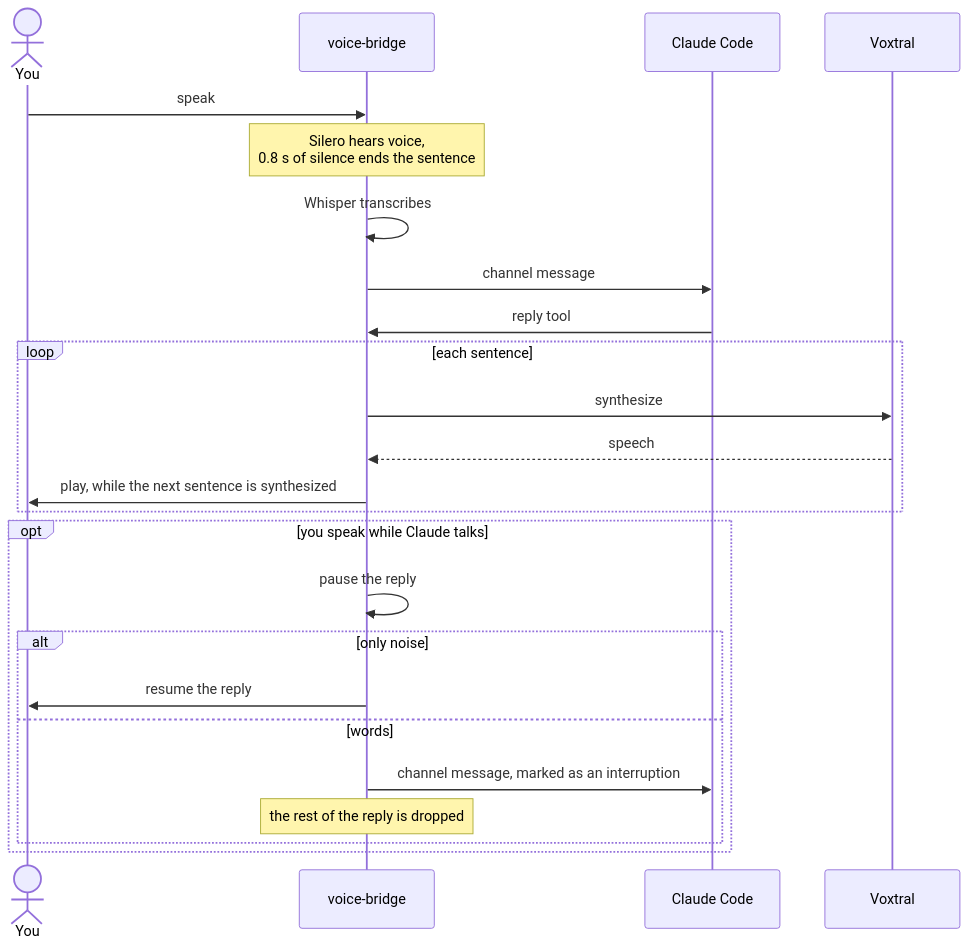
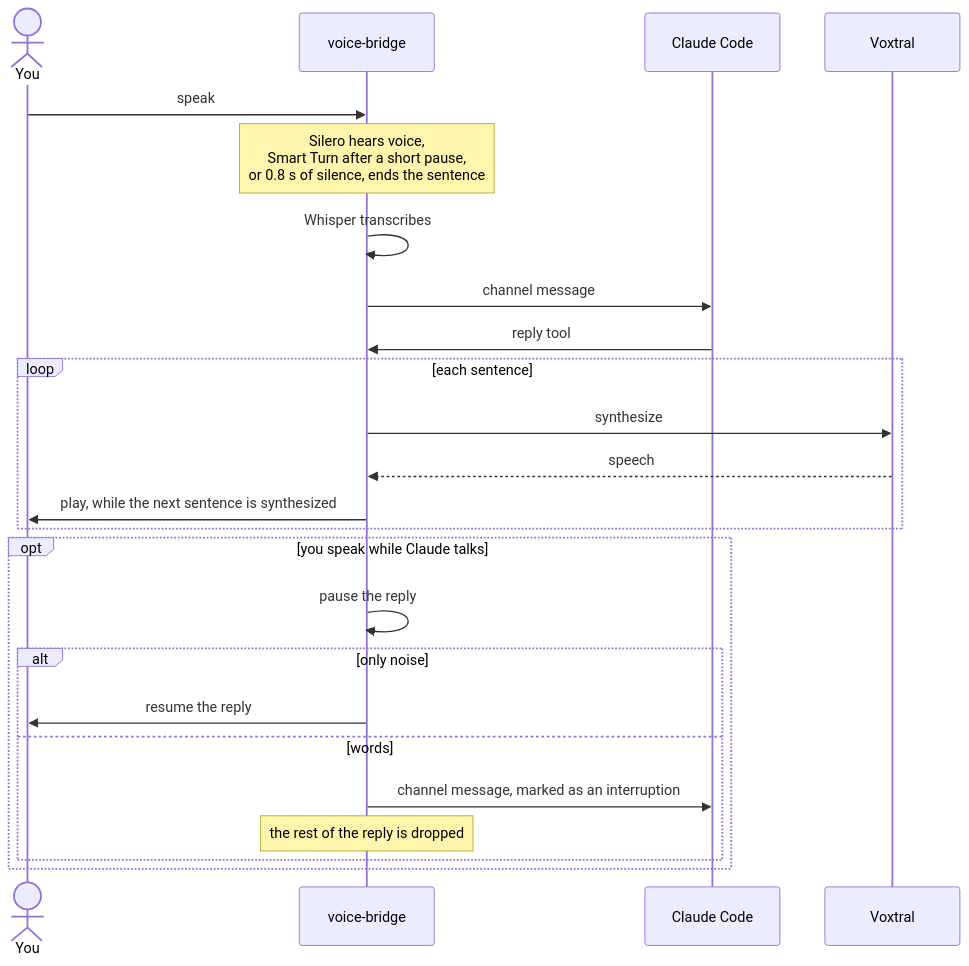
Before and after one commit to marc-gavanier/voice-bridge: the second of 3 diagrams in README.md, drawn with Mermaid. The commit also changed other lines of this file and 15 other files, not shown here.

First line of the commit message:
feat: end a sentence when smart turn judges the turn finished

````diff
--- a/README.md
+++ b/README.md
@@ -37,27 +37,27 @@
 ```mermaid
 sequenceDiagram
     actor you as You
     participant bridge as voice-bridge
     participant claude as Claude Code
     participant voxtral as Voxtral
 
     you->>bridge: speak
-    Note over bridge: Silero hears voice,<br/>0.8 s of silence ends the sentence
+    Note over bridge: Silero hears voice,<br/>Smart Turn after a short pause,<br/>or 0.8 s of silence, ends the sentence
     bridge->>bridge: Whisper transcribes
     bridge->>claude: channel message
     claude->>bridge: reply tool
     loop each sentence
         bridge->>voxtral: synthesize
         voxtral-->>bridge: speech
         bridge->>you: play, while the next sentence is synthesized
     end
     opt you speak while Claude talks
         bridge->>bridge: pause the reply
         alt only noise
             bridge->>you: resume the reply
         else words
             bridge->>claude: channel message, marked as an interruption
             Note over bridge: the rest of the reply is dropped
         end
     end
 ```
````
